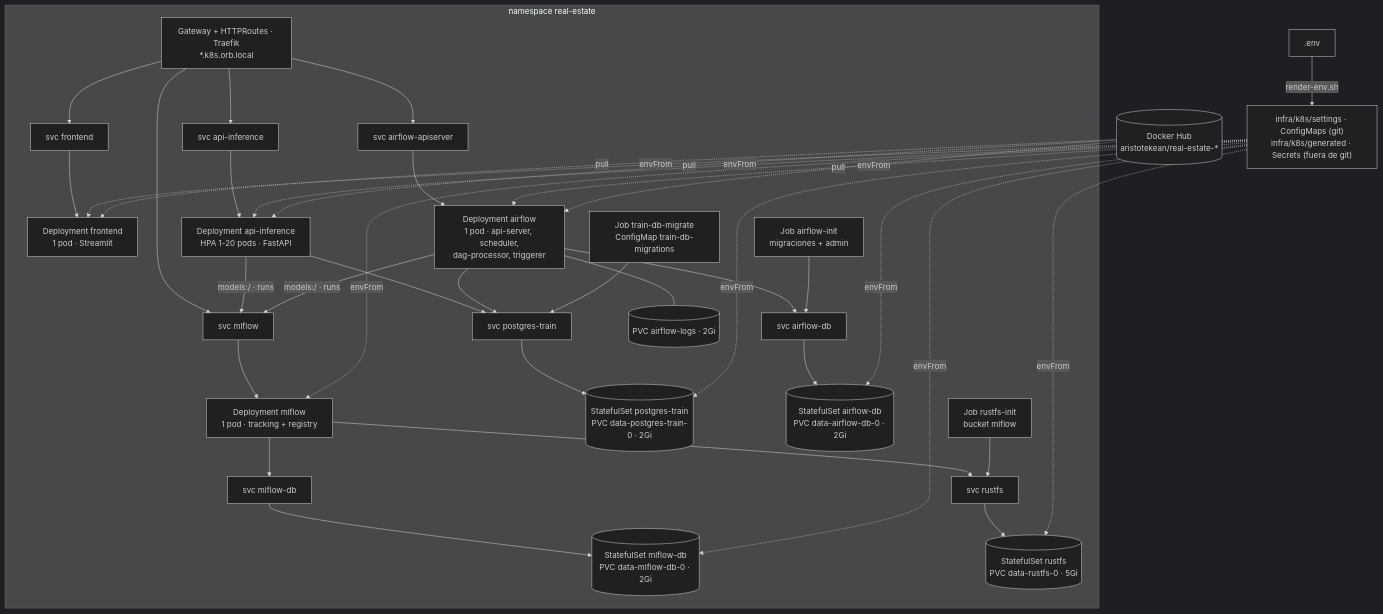
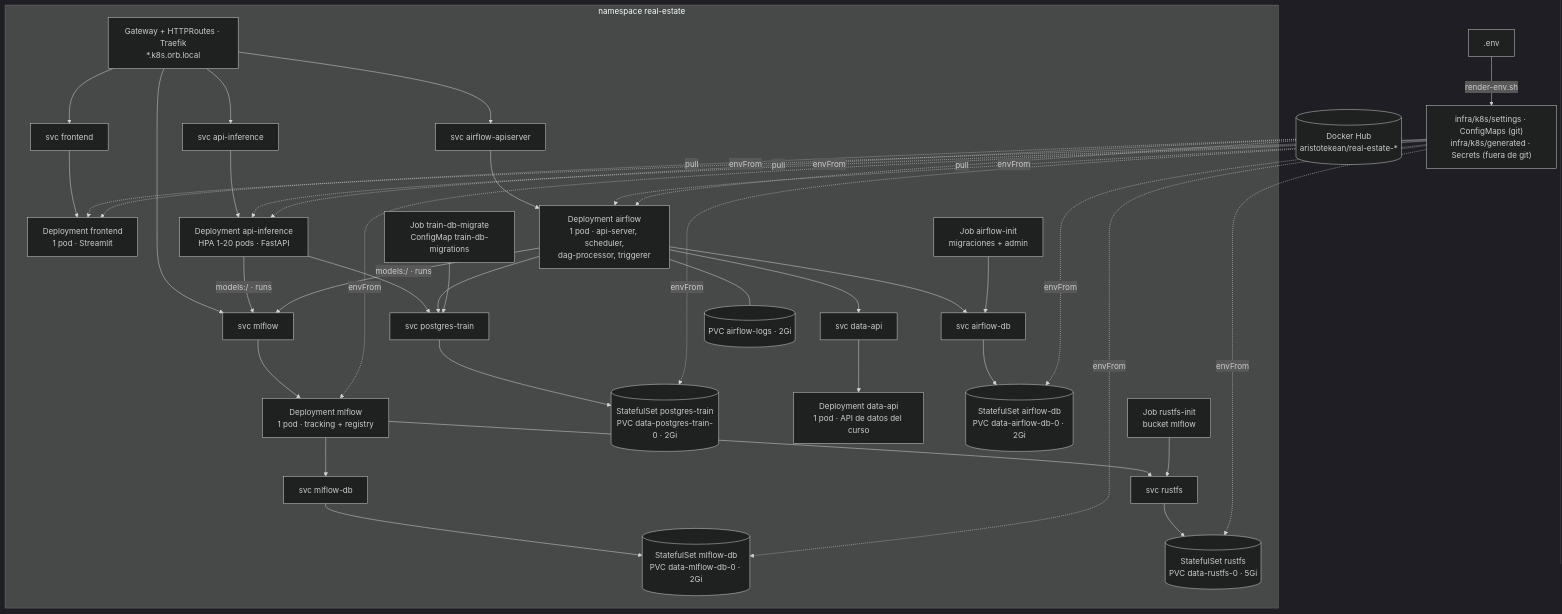
The second of 2 diagrams in README.md (aristotekean/mlops-real-state-pricing), drawn with Mermaid (dark theme) before and after one commit. The commit also changed other lines of this file, not shown here.

````diff
--- a/README.md
+++ b/README.md
@@ -101,27 +104,28 @@
 ```mermaid
 flowchart TB
     env[".env"] -->|render-env.sh| gen["infra/k8s/settings · ConfigMaps (git)<br/>infra/k8s/generated · Secrets (fuera de git)"]
 
     subgraph ns["namespace real-estate"]
         ing["Gateway + HTTPRoutes · Traefik<br/>*.k8s.orb.local"]
         ing --> svcfe["svc frontend"] --> fe["Deployment frontend<br/>1 pod · Streamlit"]
         ing --> svcapi["svc api-inference"] --> api["Deployment api-inference<br/>HPA 1-20 pods · FastAPI"]
         ing --> svcml["svc mlflow"] --> ml["Deployment mlflow<br/>1 pod · tracking + registry"]
         ing --> svcaf["svc airflow-apiserver"] --> af["Deployment airflow<br/>1 pod · api-server, scheduler,<br/>dag-processor, triggerer"]
 
         api --> svcpt["svc postgres-train"] --> pt[("StatefulSet postgres-train<br/>PVC data-postgres-train-0 · 2Gi")]
         af --> svcpt
+        af --> svcdata["svc data-api"] --> dapi["Deployment data-api<br/>1 pod · API de datos del curso"]
         af --> svcafdb["svc airflow-db"] --> afdb[("StatefulSet airflow-db<br/>PVC data-airflow-db-0 · 2Gi")]
         ml --> svcmldb["svc mlflow-db"] --> mldb[("StatefulSet mlflow-db<br/>PVC data-mlflow-db-0 · 2Gi")]
         ml --> svcrustfs["svc rustfs"] --> rustfs[("StatefulSet rustfs<br/>PVC data-rustfs-0 · 5Gi")]
         api & af -->|"models:/ · runs"| svcml
         af --- pvcaf[("PVC airflow-logs · 2Gi")]
 
         jmig["Job train-db-migrate<br/>ConfigMap train-db-migrations"] --> svcpt
         jrustfs["Job rustfs-init<br/>bucket mlflow"] --> svcrustfs
         jaf["Job airflow-init<br/>migraciones + admin"] --> svcafdb
     end
 
     gen -.->|envFrom| fe & api & ml & af & pt & afdb & mldb & rustfs
     hub[("Docker Hub<br/>aristotekean/real-estate-*")] -.->|pull| fe & api & af
 ```
````
